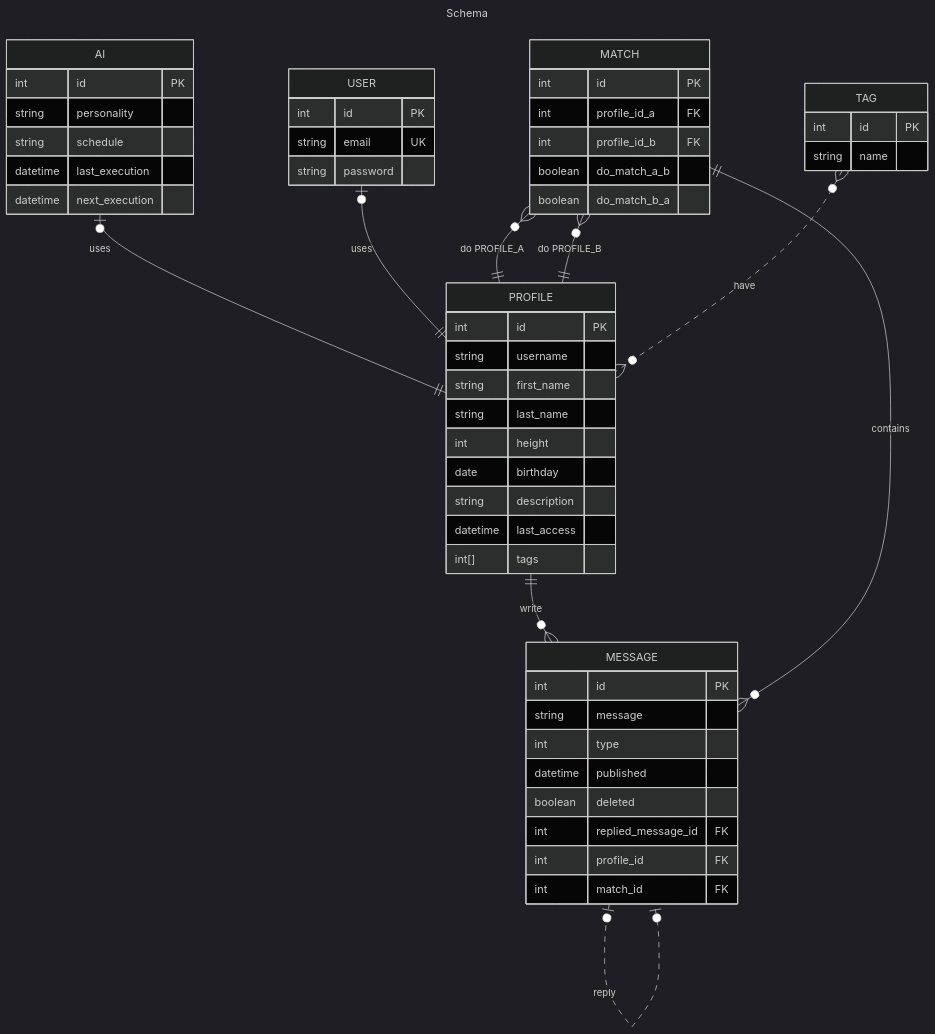
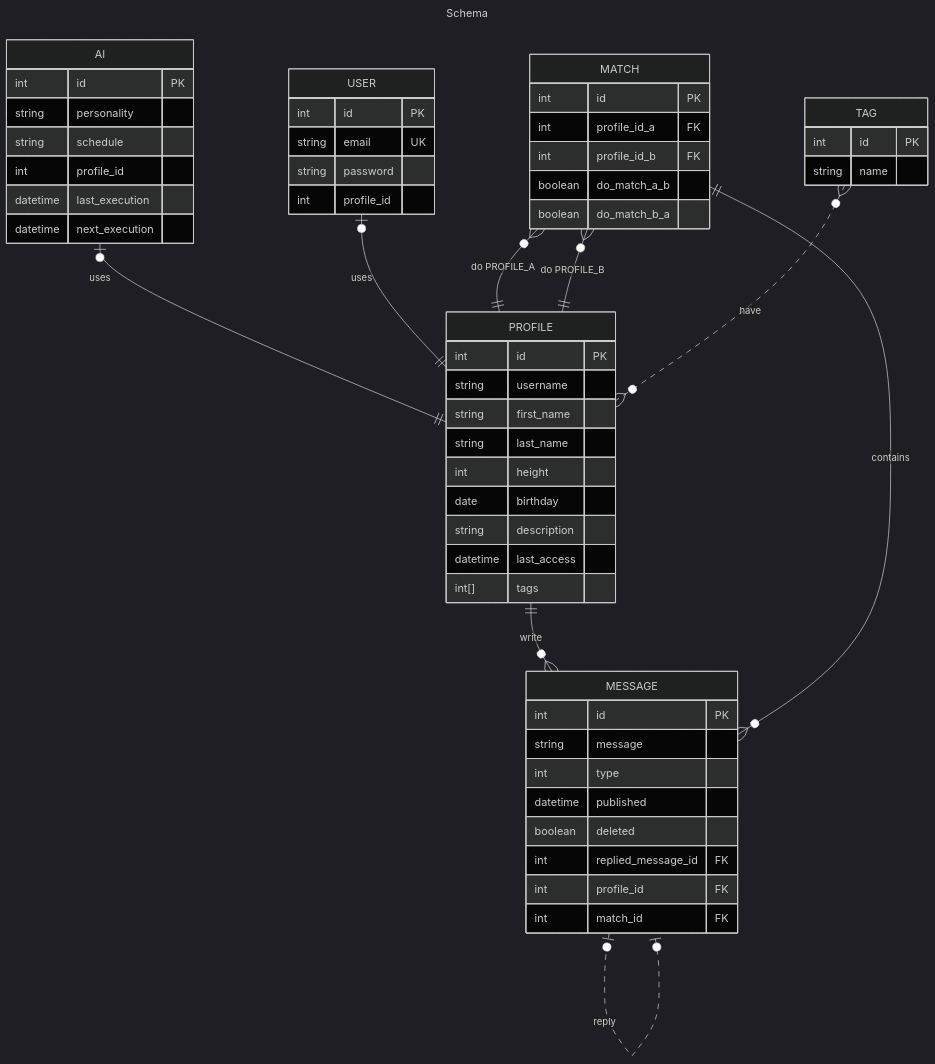
Before and after one commit to MaribelSR/tAInder: the diagram in docs/schema.md, drawn with Mermaid (dark theme). The commit also changed 1 other file, not shown here.

Commit message:
docs: Fixed models and add new attribute
I add attribute "profile_id" in schema.md, in USER and AI. Also modified "models.py" for any mistake and incluyed the new attributes.

````diff
--- a/docs/schema.md
+++ b/docs/schema.md
@@ -1,64 +1,66 @@
 ```mermaid
 ---
 title: Schema
 ---
 erDiagram
     PROFILE ||--o{ MESSAGE : write
     MESSAGE |o..o| MESSAGE : reply
     AI |o--|| PROFILE : uses
     USER |o--|| PROFILE : uses
     MATCH }o--|| PROFILE : "do PROFILE_A"
     MATCH }o--|| PROFILE : "do PROFILE_B"
     MATCH ||--o{ MESSAGE : contains
     TAG }o..o{ PROFILE : have
 
     PROFILE {
         int id PK
         string username
         string first_name
         string last_name
         int height
         date birthday
         string description
         datetime last_access
         int[] tags
     }
 
     USER {
         int id PK
         string email UK
         string password
+        int profile_id
     }
 
     AI {
         int id PK
         string personality
         string schedule
+        int profile_id
         datetime last_execution
         datetime next_execution
     }
     
     MATCH {
         int id PK
         int profile_id_a FK
         int profile_id_b FK
         boolean do_match_a_b
         boolean do_match_b_a
     }
 
     MESSAGE {
         int id PK
         string message
         int type
         datetime published
         boolean deleted
         int replied_message_id FK 
         int profile_id FK
         int match_id FK
     }
     
     TAG {
         int id PK
         string name
     }
 ```
````
